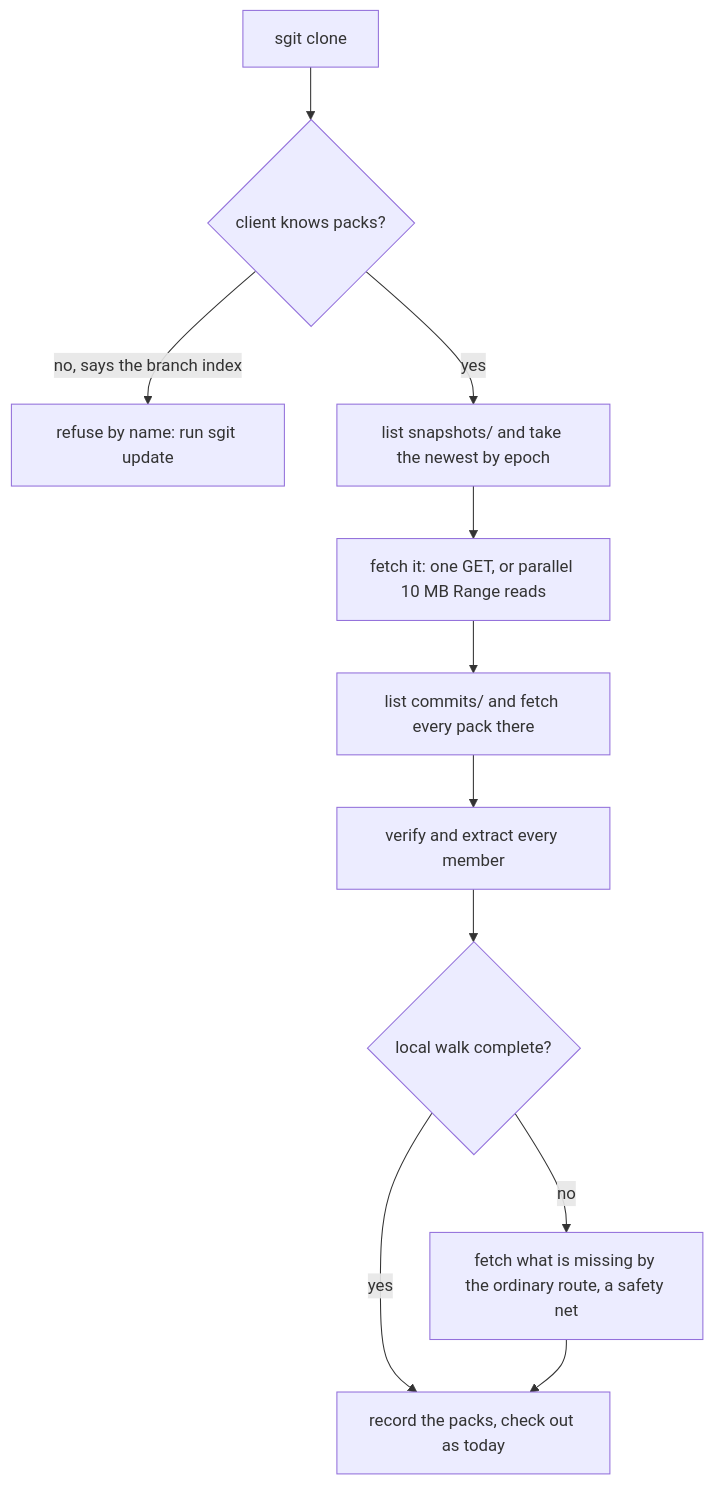
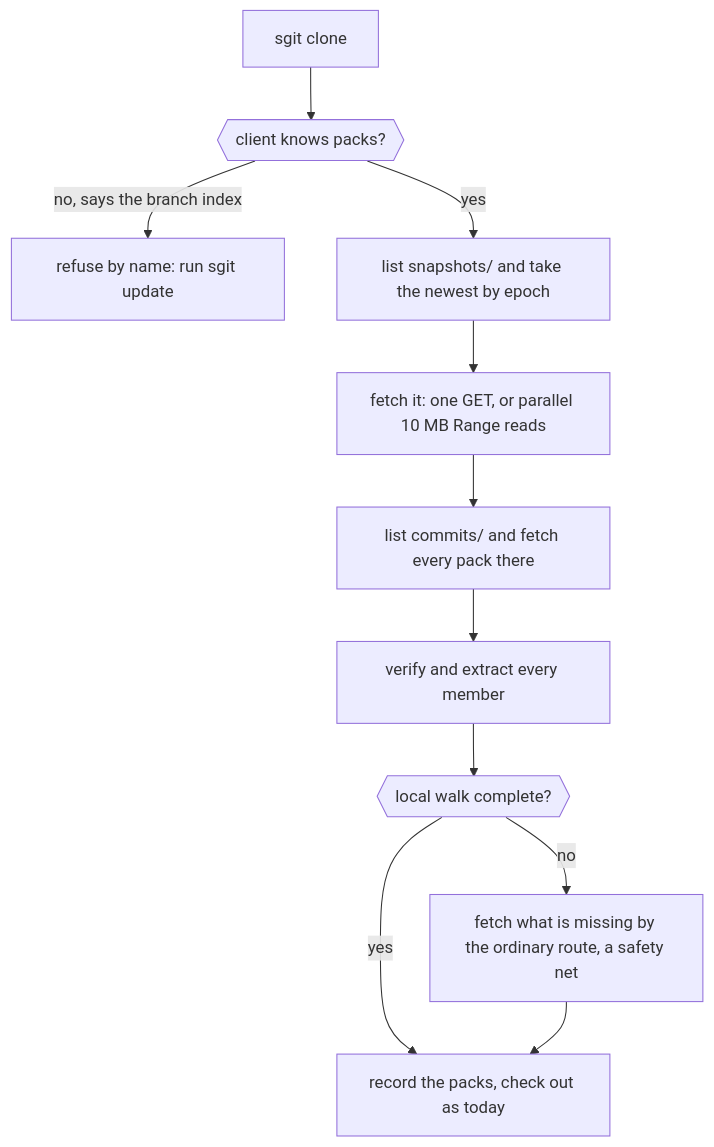
The third of 6 diagrams in articles/a-pack-per-push.md (SGit-AI/SGit-AI__Website__Cli), drawn with Mermaid before and after one commit. The commit also changed other lines of this file and 27 other files, not shown here.

First line of the commit message:
site v0.2.4: diagrams at a readable size

````diff
--- a/articles/a-pack-per-push.md
+++ b/articles/a-pack-per-push.md
@@ -128,14 +128,14 @@
 ```mermaid
 %% A clone in pack mode: the newest snapshot, then every commit pack since it, then a local walk that confirms nothing is missing.
 flowchart TD
-    A[sgit clone] --> B{client knows packs?}
+    A[sgit clone] --> B{{client knows packs?}}
     B -- no, says the branch index --> X[refuse by name: run sgit update]
     B -- yes --> C[list snapshots/ and take the newest by epoch]
     C --> D[fetch it: one GET, or parallel 10 MB Range reads]
     D --> E[list commits/ and fetch every pack there]
     E --> F[verify and extract every member]
-    F --> G{local walk complete?}
+    F --> G{{local walk complete?}}
     G -- no --> H[fetch what is missing by the ordinary route, a safety net]
     G -- yes --> I[record the packs, check out as today]
     H --> I
 ```
````
